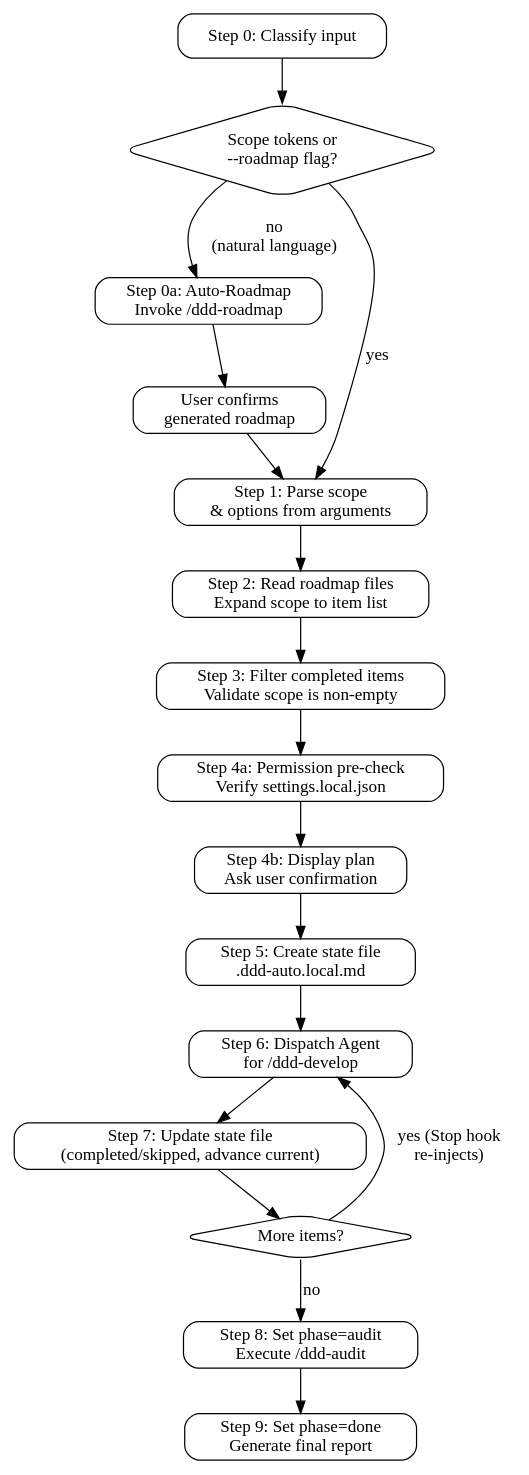
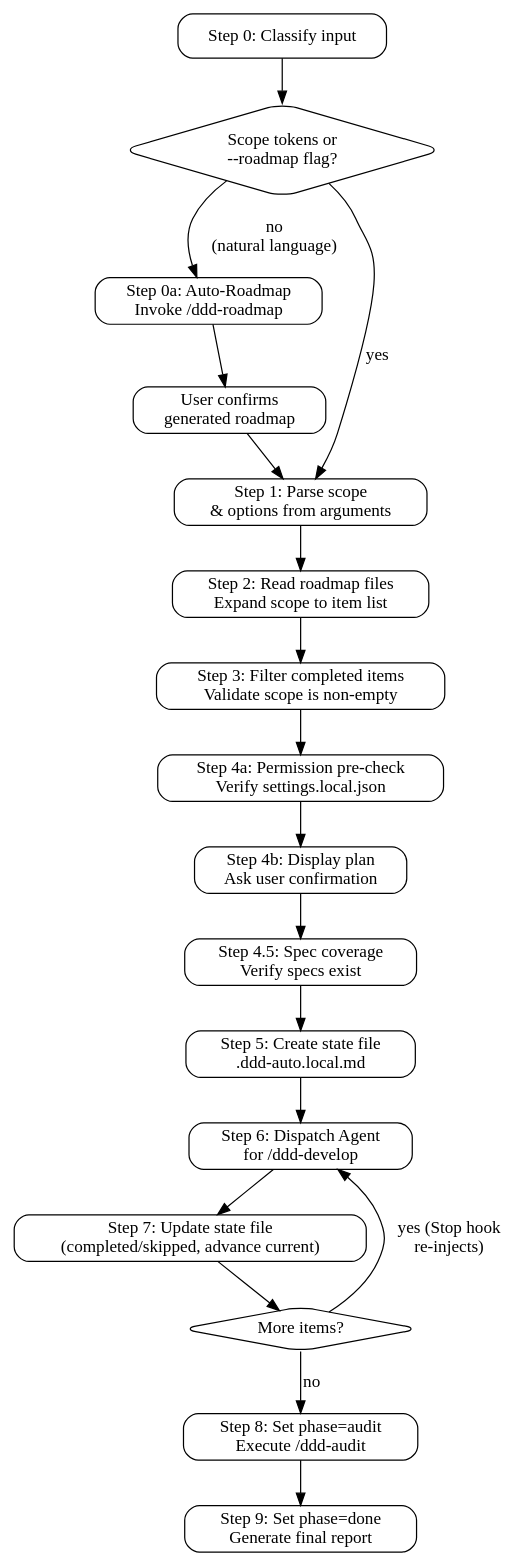
Before and after one commit to litecore-ai/ddd-coding-skills: the diagram in skills/ddd-auto/SKILL.md, drawn with Graphviz. The commit also changed other lines of this file, not shown here.

Commit message:
feat(ddd-auto): add Step 4.5 spec coverage check

````diff
--- a/skills/ddd-auto/SKILL.md
+++ b/skills/ddd-auto/SKILL.md
@@ -44,32 +44,34 @@
 ```dot
 digraph ddd_auto {
   rankdir=TB;
   node [shape=box, style=rounded];
 
   classify [label="Step 0: Classify input"];
   is_scope [label="Scope tokens or\n--roadmap flag?" shape=diamond];
   auto_roadmap [label="Step 0a: Auto-Roadmap\nInvoke /ddd-roadmap"];
   confirm_roadmap [label="User confirms\ngenerated roadmap"];
   parse [label="Step 1: Parse scope\n& options from arguments"];
   read_roadmap [label="Step 2: Read roadmap files\nExpand scope to item list"];
   validate [label="Step 3: Filter completed items\nValidate scope is non-empty"];
   perm_check [label="Step 4a: Permission pre-check\nVerify settings.local.json"];
   confirm [label="Step 4b: Display plan\nAsk user confirmation"];
+  spec_check [label="Step 4.5: Spec coverage\nVerify specs exist"];
   create_state [label="Step 5: Create state file\n.ddd-auto.local.md"];
   develop [label="Step 6: Dispatch Agent\nfor /ddd-develop"];
   update [label="Step 7: Update state file\n(completed/skipped, advance current)"];
   check [label="More items?" shape=diamond];
   audit [label="Step 8: Set phase=audit\nExecute /ddd-audit"];
   report [label="Step 9: Set phase=done\nGenerate final report"];
 
   classify -> is_scope;
   is_scope -> parse [label="yes"];
   is_scope -> auto_roadmap [label="no\n(natural language)"];
   auto_roadmap -> confirm_roadmap -> parse;
-  parse -> read_roadmap -> validate -> perm_check -> confirm -> create_state -> develop;
+
+  parse -> read_roadmap -> validate -> perm_check -> confirm -> spec_check -> create_state -> develop;
   develop -> update -> check;
   check -> develop [label="yes (Stop hook\nre-injects)"];
   check -> audit [label="no"];
   audit -> report;
 }
 ```
````
